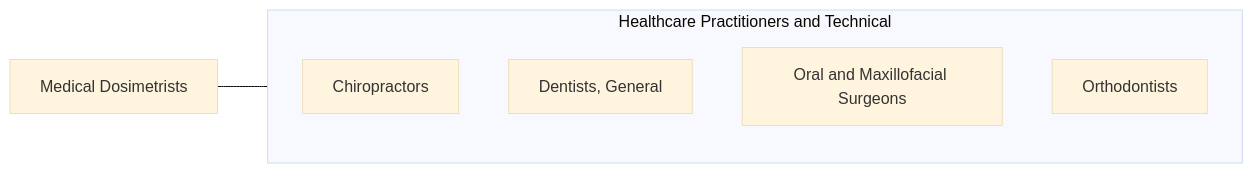
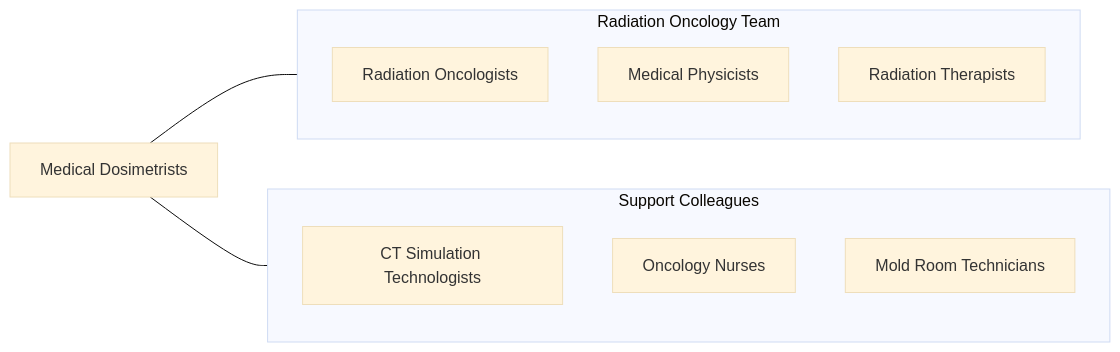
Before and after one commit to kziemski/business.org.ai: the fourth of 4 diagrams in occupations/HealthcarePractitioners/MedicalDosimetrists.mdx, drawn with Mermaid (base theme). The commit also changed other lines of this file and 938 other files, not shown here.

````diff
--- a/occupations/HealthcarePractitioners/MedicalDosimetrists.mdx
+++ b/occupations/HealthcarePractitioners/MedicalDosimetrists.mdx
@@ -116,13 +180,19 @@
 ```mermaid
 graph LR
     Current["Medical Dosimetrists"]
 
-    subgraph SameCategory["Healthcare Practitioners and Technical"]
-        Chiropractors["Chiropractors"]
-        DentistsGeneral["Dentists, General"]
-        OralAndMaxillofacial["Oral and Maxillofacial Surgeons"]
-        Orthodontists["Orthodontists"]
+    subgraph RadOncTeam["Radiation Oncology Team"]
+        RadOnc["Radiation Oncologists"]
+        MedPhysicists["Medical Physicists"]
+        RadTherapists["Radiation Therapists"]
     end
 
-    Current --- SameCategory
+    subgraph Support["Support Colleagues"]
+        CTSimTechs["CT Simulation Technologists"]
+        Nurses["Oncology Nurses"]
+        MoldTechs["Mold Room Technicians"]
+    end
+
+    Current --- RadOncTeam
+    Current --- Support
 ```
````
